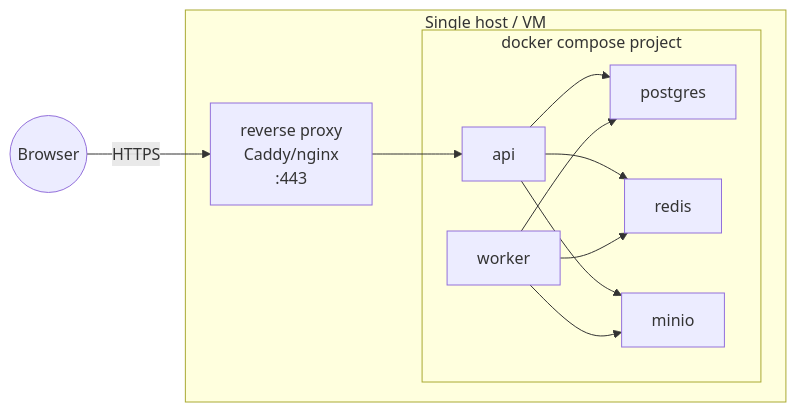
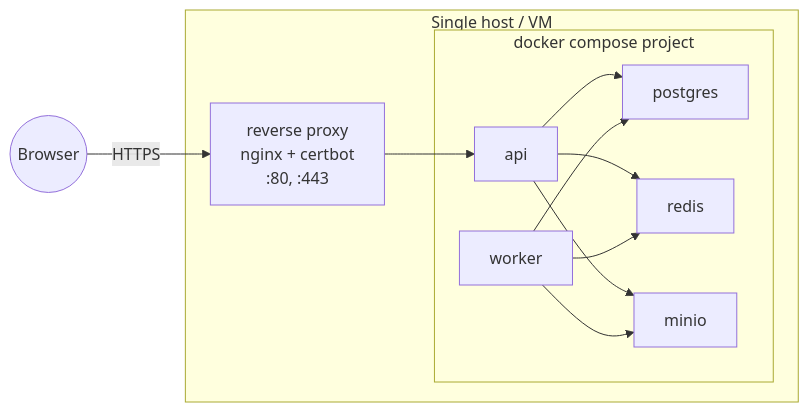
Before and after one commit to eliseiv/mail-agregator: diagram 13 of 13 in docs/01-architecture.md, drawn with Mermaid. The commit also changed other lines of this file and 17 other files, not shown here.

````diff
--- a/docs/01-architecture.md
+++ b/docs/01-architecture.md
@@ -384,18 +384,18 @@
 ```mermaid
 flowchart LR
     subgraph host[Single host / VM]
         subgraph compose[docker compose project]
             api1[api]
             worker1[worker]
             pg[postgres]
             rd[redis]
             mn[minio]
         end
-        rev[reverse proxy<br/>Caddy/nginx<br/>:443]
+        rev[reverse proxy<br/>nginx + certbot<br/>:80, :443]
     end
 
     Browser((Browser))
     Browser -- HTTPS --> rev --> api1
     api1 --> pg & rd & mn
     worker1 --> pg & rd & mn
 ```
````
